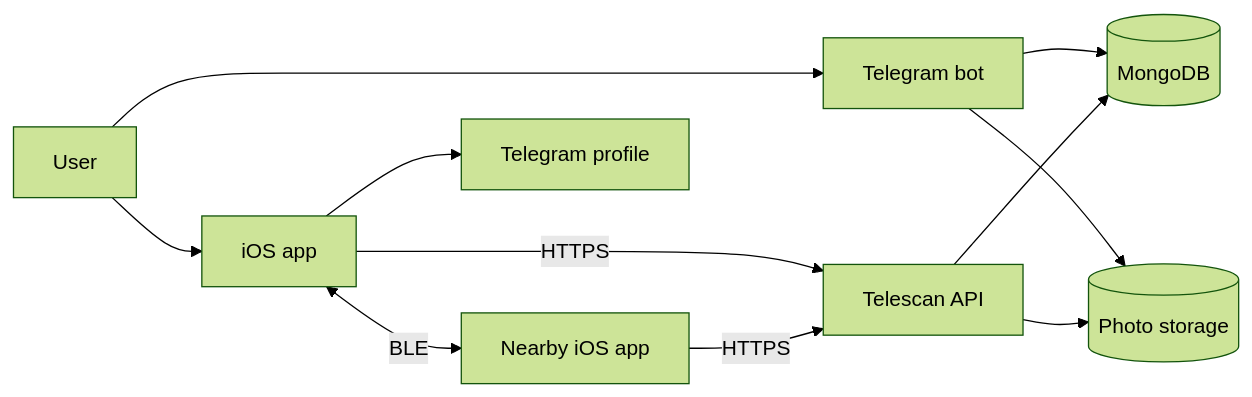
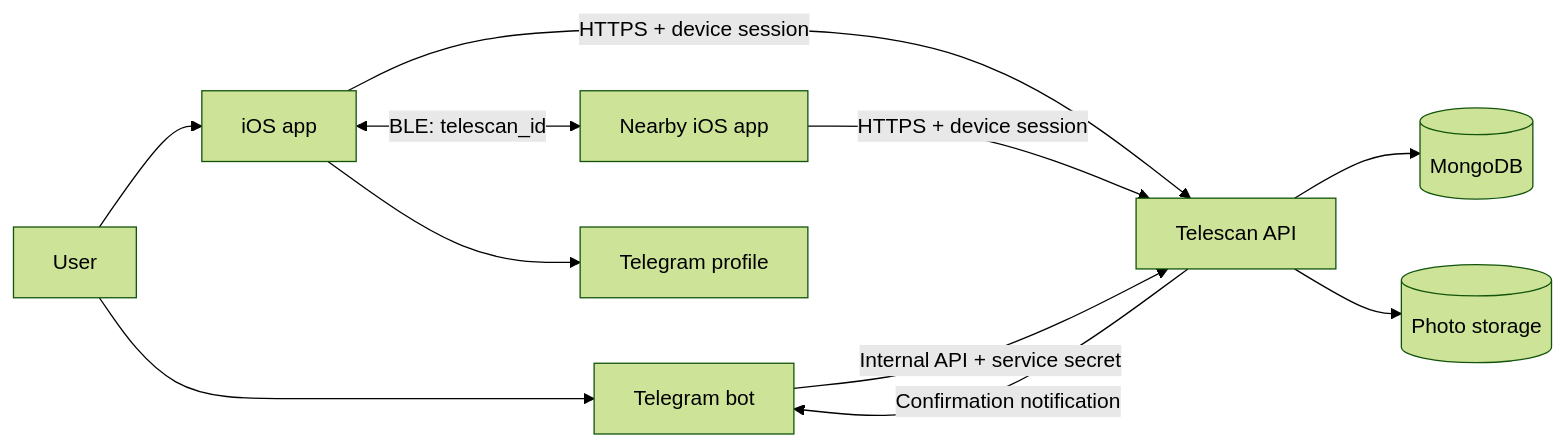
Before and after one commit to hiTechTeam/Telescan-info: the first of 2 diagrams in WHITEPAPER.md, drawn with Mermaid (forest theme). The commit also changed other lines of this file and 6 other files, not shown here.

Commit message:
docs: align documentation with current architecture

````diff
--- a/WHITEPAPER.md
+++ b/WHITEPAPER.md
@@ -20,13 +29,13 @@
 ```mermaid
 flowchart LR
-    U["User"] --> B["Telegram bot"]
-    B --> DB[("MongoDB")]
-    B --> S3[("Photo storage")]
+    U["User"] --> BOT["Telegram bot"]
     U --> IOS["iOS app"]
-    IOS <-->|"BLE"| PEER["Nearby iOS app"]
-    IOS -->|"HTTPS"| API["Telescan API"]
-    PEER -->|"HTTPS"| API
-    API --> DB
-    API --> S3
+    IOS <-->|"BLE: telescan_id"| PEER["Nearby iOS app"]
+    IOS -->|"HTTPS + device session"| API["Telescan API"]
+    PEER -->|"HTTPS + device session"| API
+    BOT -->|"Internal API + service secret"| API
+    API -->|"Confirmation notification"| BOT
+    API --> DB[("MongoDB")]
+    API --> S3[("Photo storage")]
     IOS --> TG["Telegram profile"]
 ```
````
